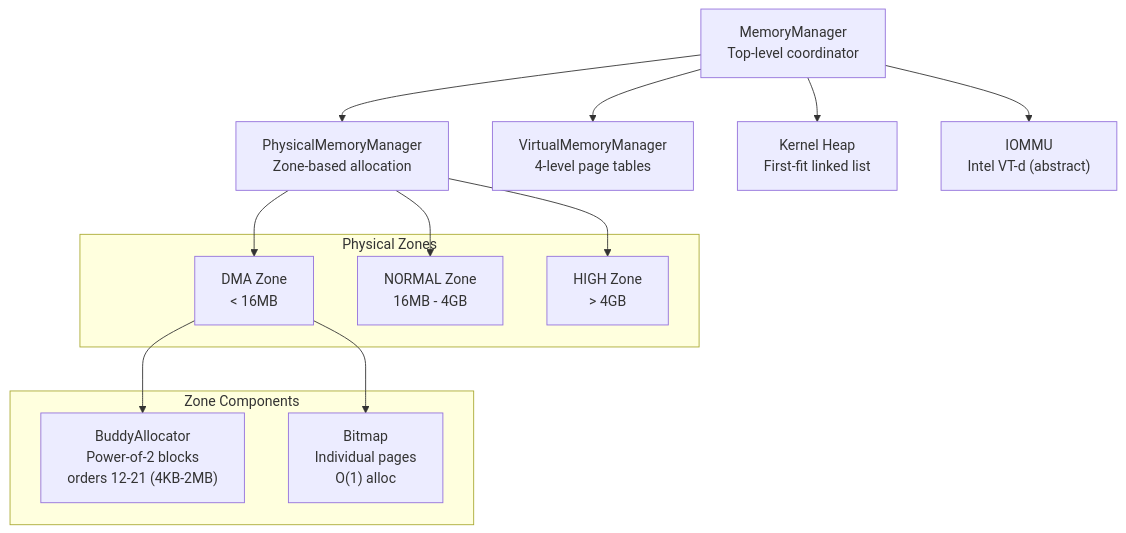
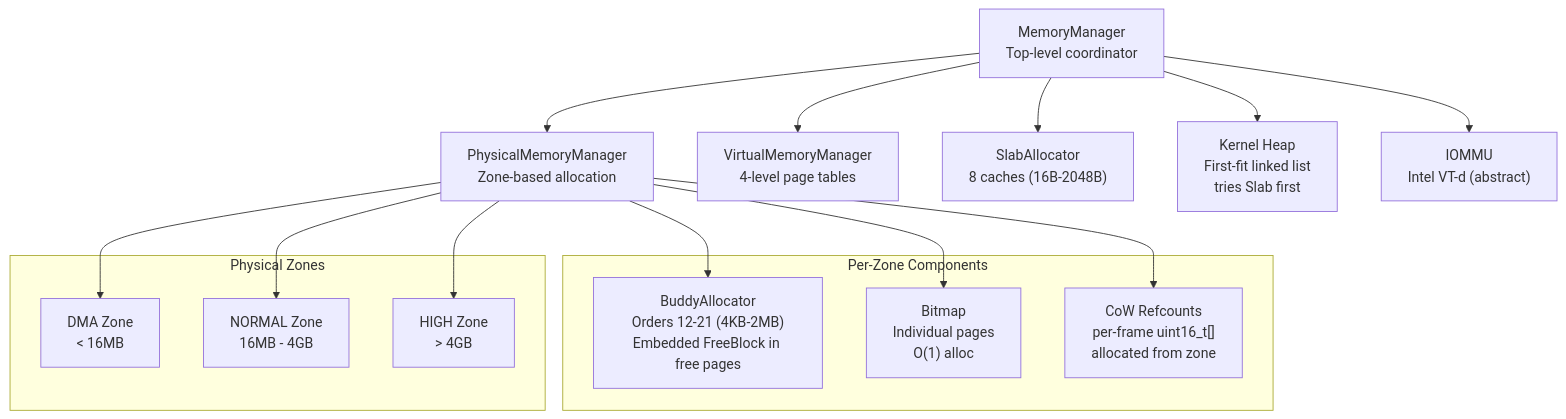
One commit to KitsuneBSD/FKernel changed the first of 8 diagrams in Docs/Domains/memory-management-guide.md. Above: the diagram before and after it, drawn with Mermaid. The commit also changed other lines of this file and 15 other files, not shown here.

Commit message:
docs: update TODO.md and architecture documentation for session 12

````diff
--- a/Docs/Domains/memory-management-guide.md
+++ b/Docs/Domains/memory-management-guide.md
@@ -9,29 +9,33 @@
 ```mermaid
 flowchart TD
     MM["MemoryManager<br/>Top-level coordinator"]
     PMM["PhysicalMemoryManager<br/>Zone-based allocation"]
     VMM["VirtualMemoryManager<br/>4-level page tables"]
-    HEAP["Kernel Heap<br/>First-fit linked list"]
+    SLAB["SlabAllocator<br/>8 caches (16B-2048B)"]
+    HEAP["Kernel Heap<br/>First-fit linked list<br/>tries Slab first"]
     IOMMU["IOMMU<br/>Intel VT-d (abstract)"]
 
     MM --> PMM
     MM --> VMM
+    MM --> SLAB
     MM --> HEAP
     MM --> IOMMU
+
+    subgraph "Per-Zone Components"
+        BUDDY["BuddyAllocator<br/>Orders 12-21 (4KB-2MB)<br/>Embedded FreeBlock in free pages"]
+        BITMAP["Bitmap<br/>Individual pages<br/>O(1) alloc"]
+        COW["CoW Refcounts<br/>per-frame uint16_t[]<br/>allocated from zone"]
+    end
+    PMM --> BUDDY
+    PMM --> BITMAP
+    PMM --> COW
 
     subgraph "Physical Zones"
         Z1["DMA Zone<br/>< 16MB"]
         Z2["NORMAL Zone<br/>16MB - 4GB"]
         Z3["HIGH Zone<br/>> 4GB"]
     end
     PMM --> Z1
     PMM --> Z2
     PMM --> Z3
-
-    subgraph "Zone Components"
-        BUDDY["BuddyAllocator<br/>Power-of-2 blocks<br/>orders 12-21 (4KB-2MB)"]
-        BITMAP["Bitmap<br/>Individual pages<br/>O(1) alloc"]
-    end
-    Z1 --> BUDDY
-    Z1 --> BITMAP
 ```
````
